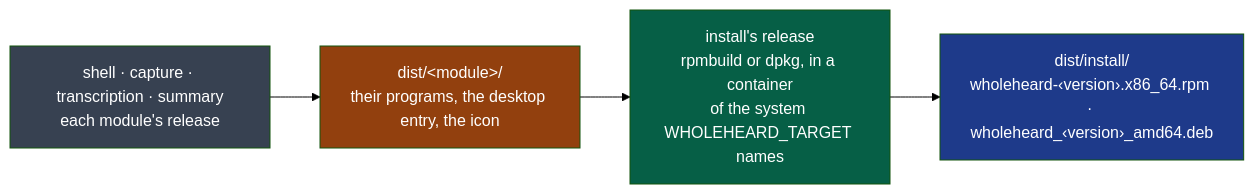
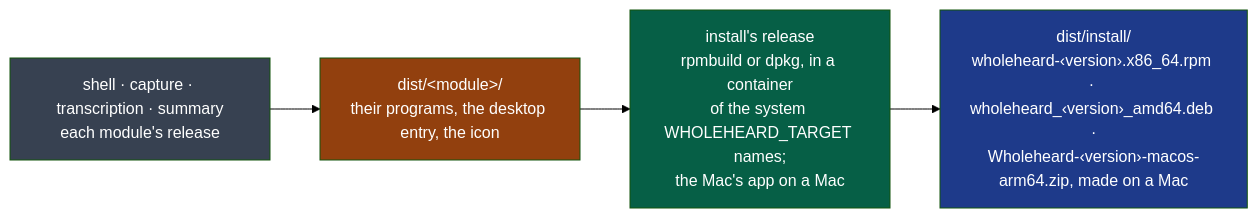
One commit to NapkinStack/wholeheard changed the diagram in modules/install/README.md. Above: the diagram before and after it, drawn with Mermaid (forest theme). The commit also changed other lines of this file and 7 other files, not shown here.

First line of the commit message:
D38 — install: Wholeheard.app, zipped, made on a Mac — four programs, its Info.plist, signed ad hoc

````diff
--- a/modules/install/README.md
+++ b/modules/install/README.md
@@ -6,10 +6,10 @@
 ```mermaid
 flowchart LR
     M["shell · capture · transcription · summary<br/>each module's release"]:::mod --> D["dist/&lt;module&gt;/<br/>their programs, the desktop entry, the icon"]:::art
-    D --> B["install's release<br/>rpmbuild or dpkg, in a container<br/>of the system WHOLEHEARD_TARGET names"]:::this
-    B --> R["dist/install/<br/>wholeheard-‹version›.x86_64.rpm · wholeheard_‹version›_amd64.deb"]:::out
+    D --> B["install's release<br/>rpmbuild or dpkg, in a container<br/>of the system WHOLEHEARD_TARGET names;<br/>the Mac's app on a Mac"]:::this
+    B --> R["dist/install/<br/>wholeheard-‹version›.x86_64.rpm · wholeheard_‹version›_amd64.deb ·<br/>Wholeheard-‹version›-macos-arm64.zip, made on a Mac"]:::out
     classDef mod fill:#374151,color:#fff
     classDef art fill:#92400e,color:#fff
     classDef this fill:#065f46,color:#fff
     classDef out fill:#1e3a8a,color:#fff
 ```
````
